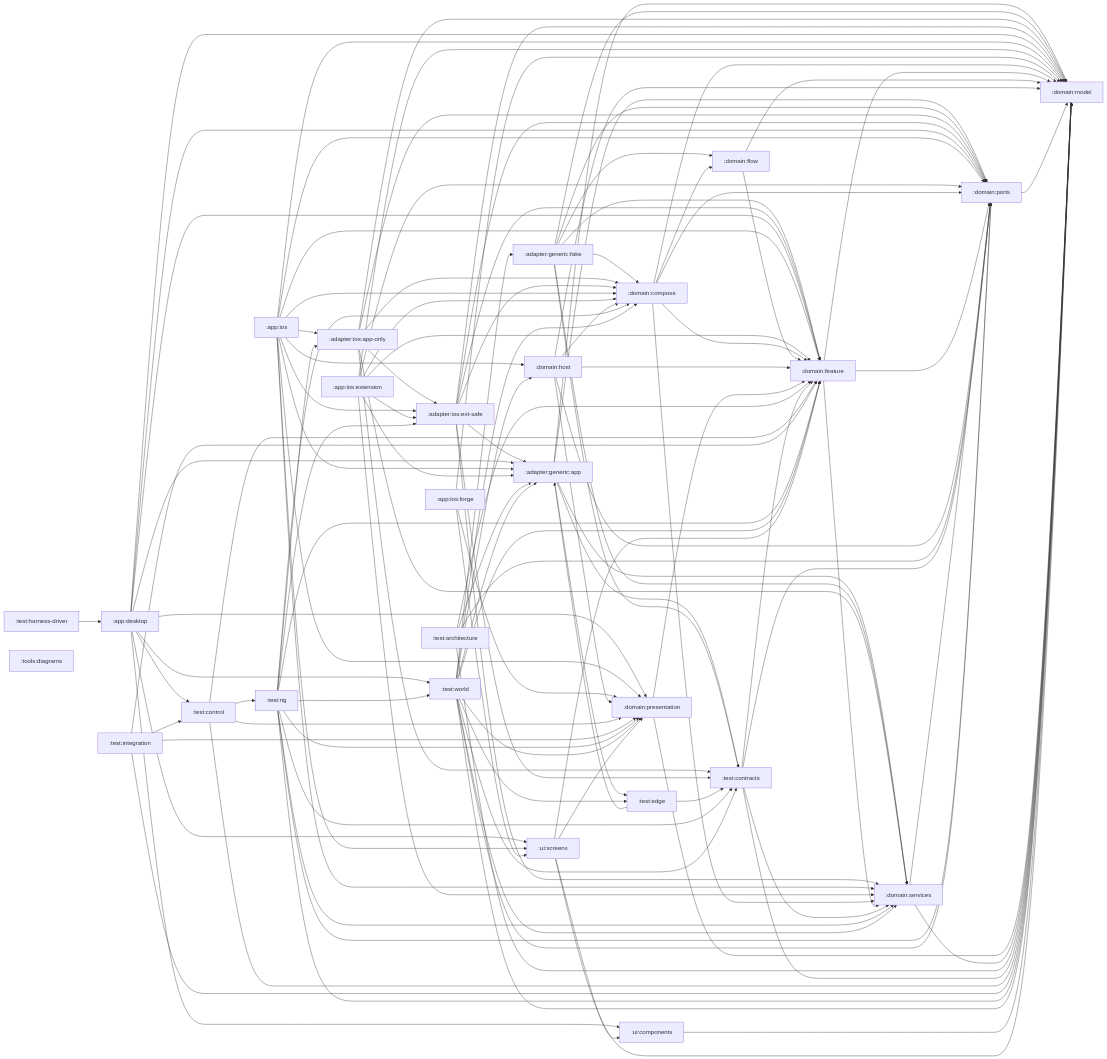
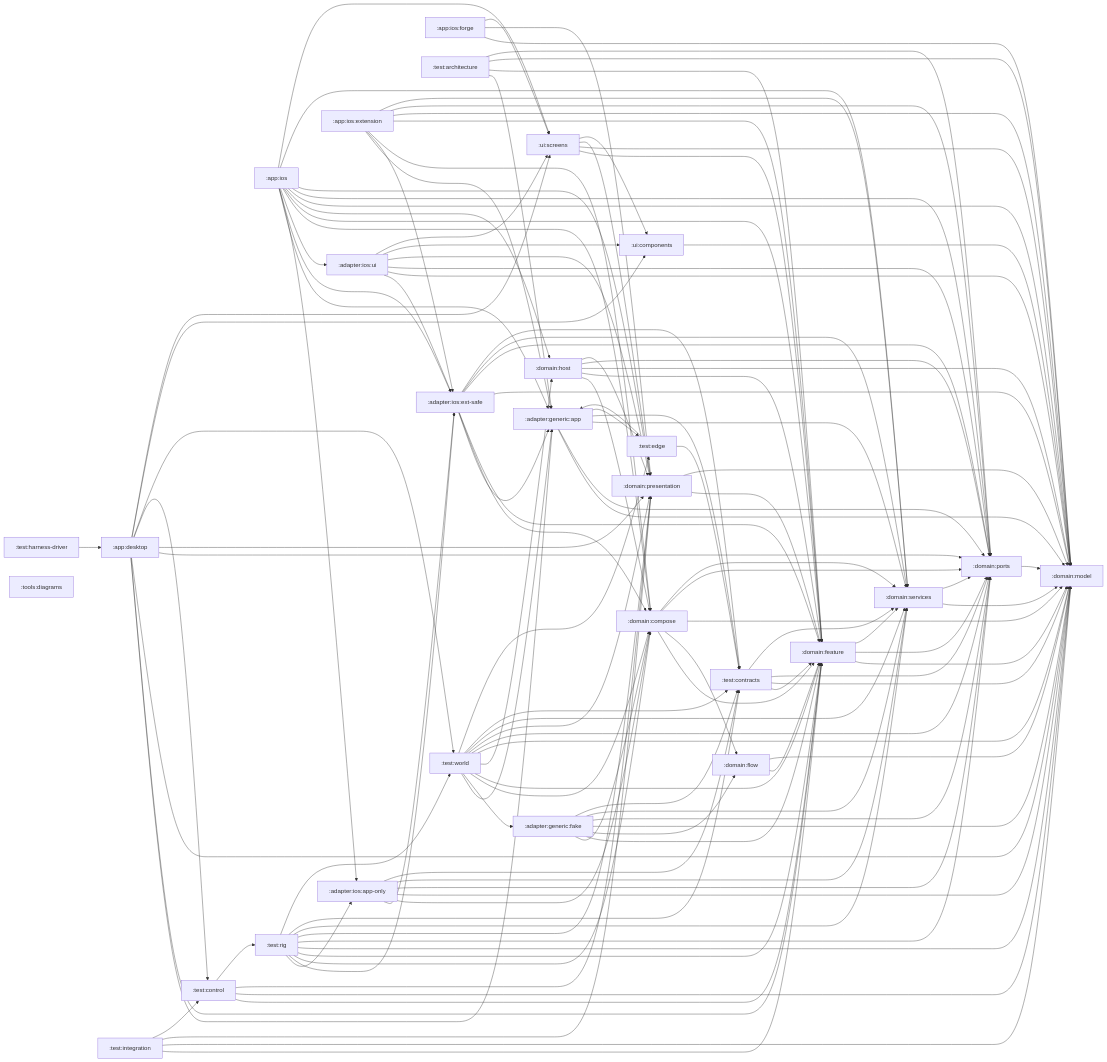
Before and after one commit to stefanhoelzl/SnapSync: the diagram in architecture/modules.md, drawn with Mermaid. The commit also changed 67 other files, not shown here.

```diff
--- a/architecture/modules.md
+++ b/architecture/modules.md
@@ -13,6 +13,7 @@
   adapter_generic_fake[":adapter:generic:fake"]
   adapter_ios_app_only[":adapter:ios:app-only"]
   adapter_ios_ext_safe[":adapter:ios:ext-safe"]
+  adapter_ios_ui[":adapter:ios:ui"]
   app_desktop[":app:desktop"]
   app_ios[":app:ios"]
   app_ios_extension[":app:ios:extension"]
@@ -61,6 +62,12 @@
   adapter_ios_ext_safe --> domain_ports
   adapter_ios_ext_safe --> domain_services
   adapter_ios_ext_safe --> test_contracts
+  adapter_ios_ui --> adapter_ios_ext_safe
+  adapter_ios_ui --> domain_model
+  adapter_ios_ui --> domain_ports
+  adapter_ios_ui --> domain_presentation
+  adapter_ios_ui --> ui_components
+  adapter_ios_ui --> ui_screens
   app_desktop --> adapter_generic_app
   app_desktop --> domain_feature
   app_desktop --> domain_model
@@ -73,6 +80,7 @@
   app_ios --> adapter_generic_app
   app_ios --> adapter_ios_app_only
   app_ios --> adapter_ios_ext_safe
+  app_ios --> adapter_ios_ui
   app_ios --> domain_compose
   app_ios --> domain_feature
   app_ios --> domain_host
```
